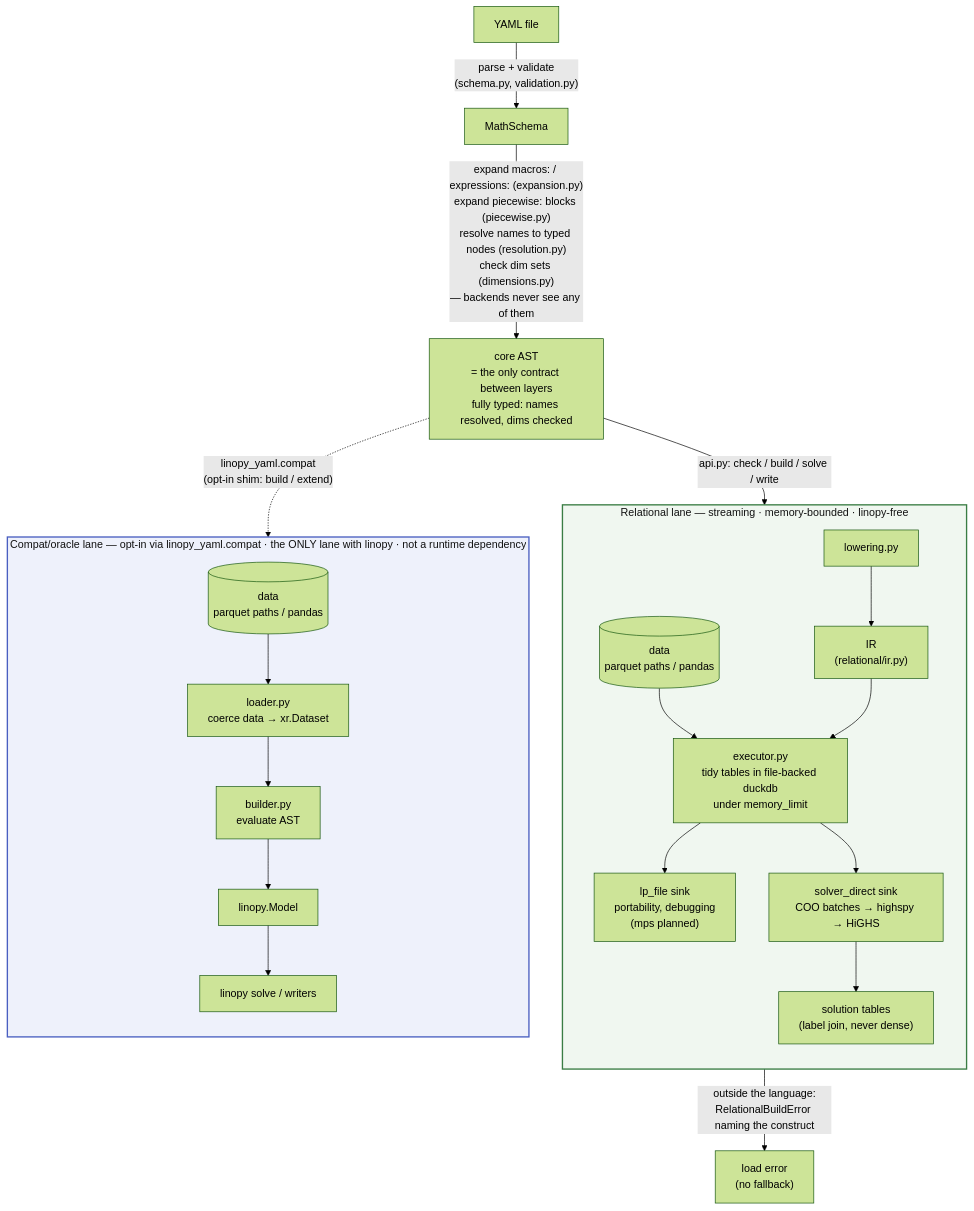
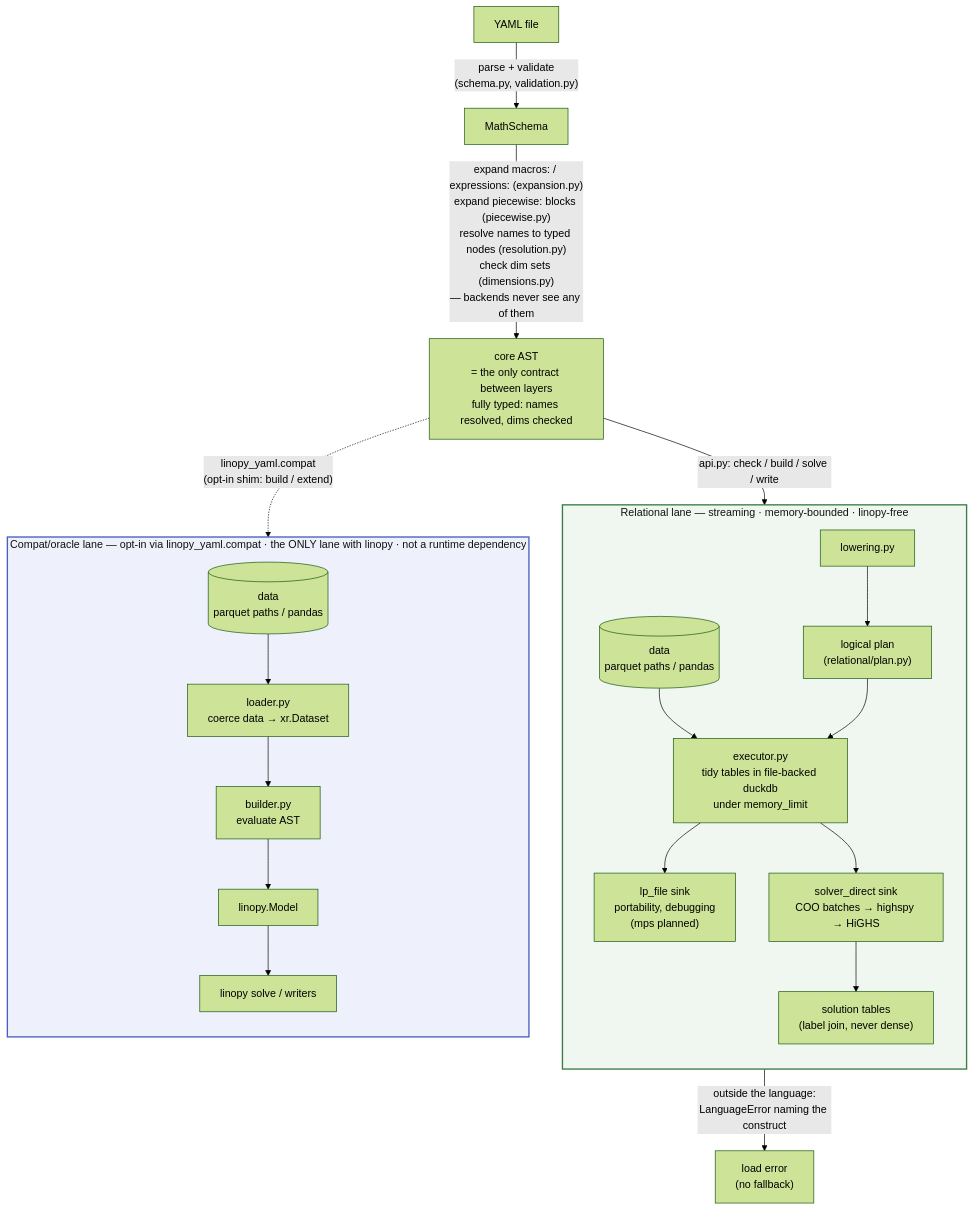
Before and after one commit to FBumann/farkas: the diagram in ARCHITECTURE.md, drawn with Mermaid (forest theme). The commit also changed other lines of this file and 38 other files, not shown here.

````diff
--- a/ARCHITECTURE.md
+++ b/ARCHITECTURE.md
@@ -16,30 +16,30 @@
 ```mermaid
 flowchart TB
     Y[YAML file] -->|"parse + validate<br/>(schema.py, validation.py)"| MS[MathSchema]
     MS -->|"expand macros: / expressions: (expansion.py)<br/>expand piecewise: blocks (piecewise.py)<br/>resolve names to typed nodes (resolution.py)<br/>check dim sets (dimensions.py)<br/>— backends never see any of them"| AST["core AST<br/>= the only contract between layers<br/>fully typed: names resolved, dims checked"]
     AST -->|"api.py: check / build / solve / write"| LOWER
     AST -.->|"linopy_yaml.compat<br/>(opt-in shim: build / extend)"| BUILD
-    LOWER -->|"outside the language:<br/>RelationalBuildError naming the construct"| ERR["load error<br/>(no fallback)"]
+    LOWER -->|"outside the language:<br/>LanguageError naming the construct"| ERR["load error<br/>(no fallback)"]
 
     subgraph REL["Relational lane — streaming · memory-bounded · linopy-free"]
         direction TB
-        LOWER["lowering.py"] --> IR["IR<br/>(relational/ir.py)"]
+        LOWER["lowering.py"] --> PLAN["logical plan<br/>(relational/plan.py)"]
         DR[("data<br/>parquet paths / pandas")] --> EXEC
-        IR --> EXEC["executor.py<br/>tidy tables in file-backed duckdb<br/>under memory_limit"]
+        PLAN --> EXEC["executor.py<br/>tidy tables in file-backed duckdb<br/>under memory_limit"]
         EXEC --> LPS["lp_file sink<br/>portability, debugging<br/>(mps planned)"]
         EXEC --> DIRECT["solver_direct sink<br/>COO batches → highspy → HiGHS"]
         DIRECT --> SOL["solution tables<br/>(label join, never dense)"]
     end
 
     subgraph EAGER["Compat/oracle lane — opt-in via linopy_yaml.compat · the ONLY lane with linopy · not a runtime dependency"]
         direction TB
         DE[("data<br/>parquet paths / pandas")] --> LOAD["loader.py<br/>coerce data → xr.Dataset"]
         LOAD --> BUILD["builder.py<br/>evaluate AST"]
         BUILD --> MODEL[linopy.Model] --> SOLVE["linopy solve / writers"]
     end
 
     classDef laneR fill:#f0f7f0,stroke:#3a7d44,stroke-width:2px,color:#111
     classDef laneE fill:#eef1fb,stroke:#4a5fc1,stroke-width:2px,color:#111
     class REL laneR
     class EAGER laneE
 ```
````
